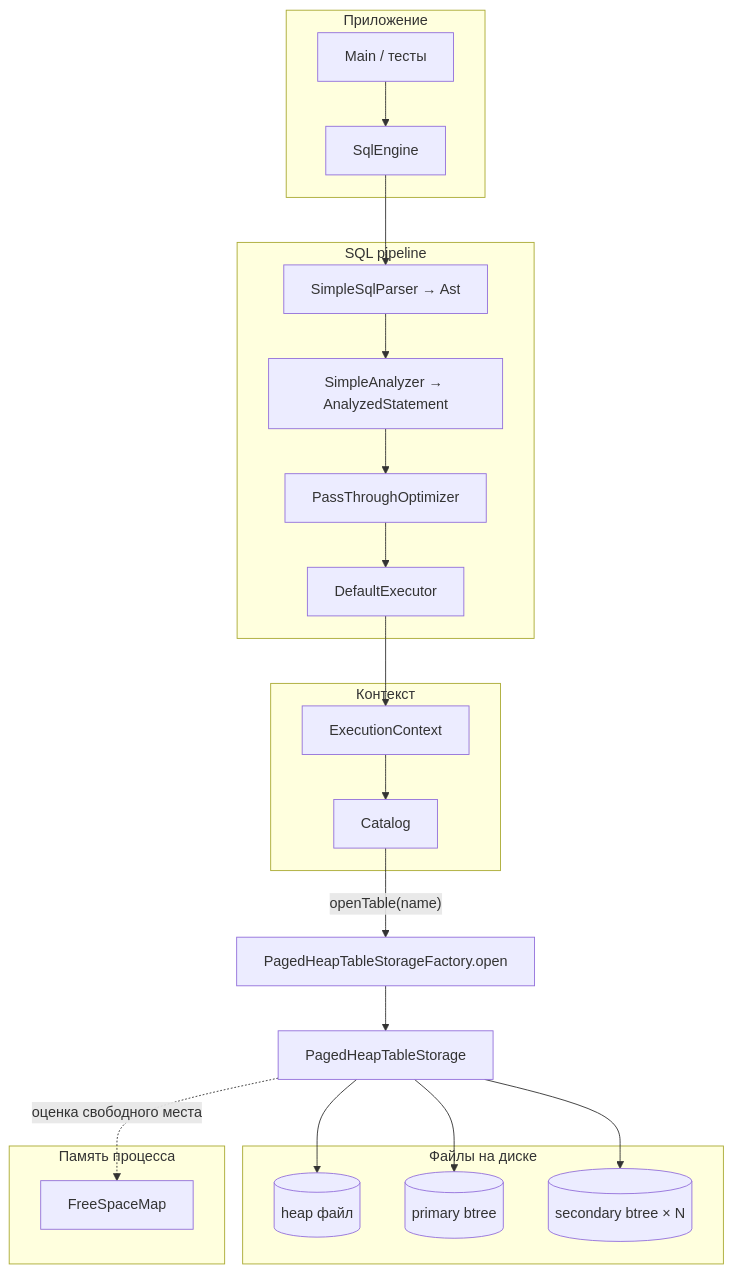
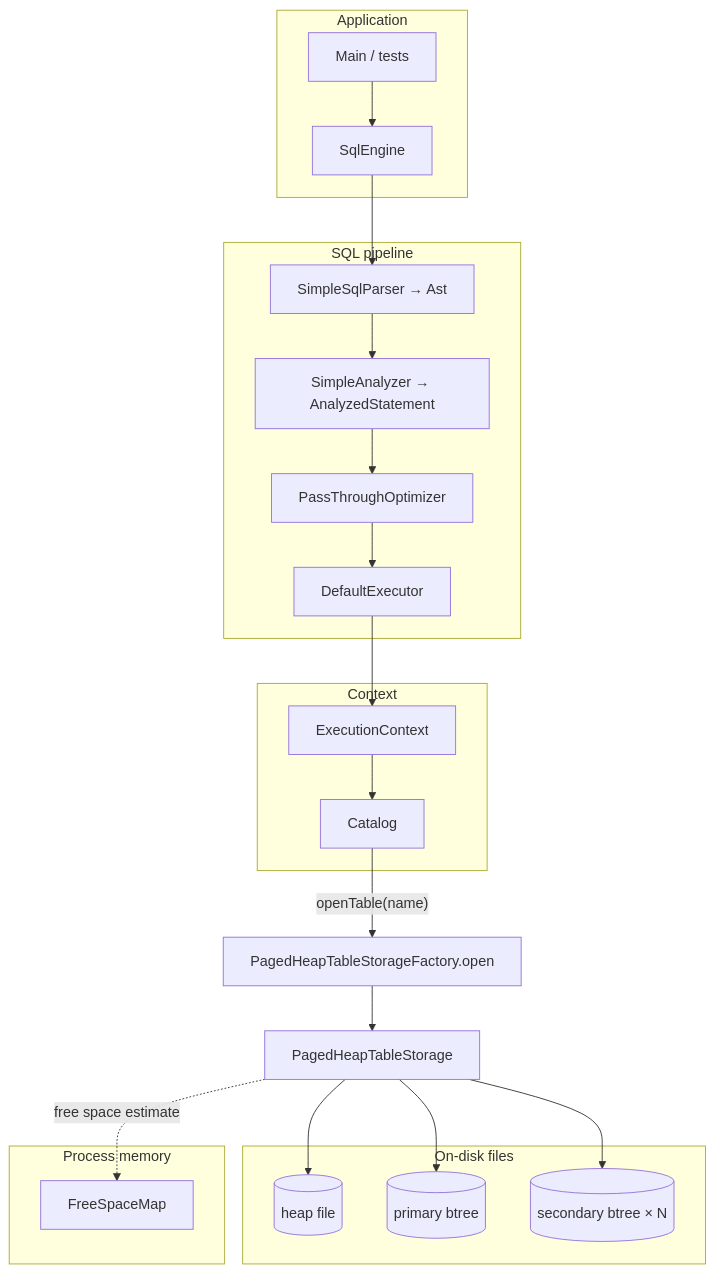
Before and after one commit to ivanguravel/IngeniumReltionalDB: the first of 2 diagrams in README.md, drawn with Mermaid. The commit also changed other lines of this file, not shown here.

````diff
--- a/README.md
+++ b/README.md
@@ -25,42 +25,42 @@
 ```mermaid
 flowchart TB
-    subgraph app [Приложение]
-        Main[Main / тесты]
+    subgraph app [Application]
+        Main[Main / tests]
         SE[SqlEngine]
     end
 
     subgraph sql [SQL pipeline]
         SP[SimpleSqlParser → Ast]
         SA[SimpleAnalyzer → AnalyzedStatement]
         PO[PassThroughOptimizer]
         DE[DefaultExecutor]
         SE --> SP --> SA --> PO --> DE
     end
 
-    subgraph ctx [Контекст]
+    subgraph ctx [Context]
         EC[ExecutionContext]
         CAT[Catalog]
         EC --> CAT
     end
 
     Main --> SE
     DE --> EC
 
     CAT -->|"openTable(name)"| FACT[PagedHeapTableStorageFactory.open]
     FACT --> PHT[PagedHeapTableStorage]
 
-    subgraph disk [Файлы на диске]
-        HEAP[(heap файл)]
+    subgraph disk [On-disk files]
+        HEAP[(heap file)]
         PKIDX[(primary btree)]
         SECIDX[(secondary btree × N)]
     end
 
     PHT --> HEAP
     PHT --> PKIDX
     PHT --> SECIDX
 
-    subgraph mem [Память процесса]
+    subgraph mem [Process memory]
         FSM[FreeSpaceMap]
     end
-    PHT -.->|"оценка свободного места"| FSM
+    PHT -.->|"free space estimate"| FSM
 ```
````
